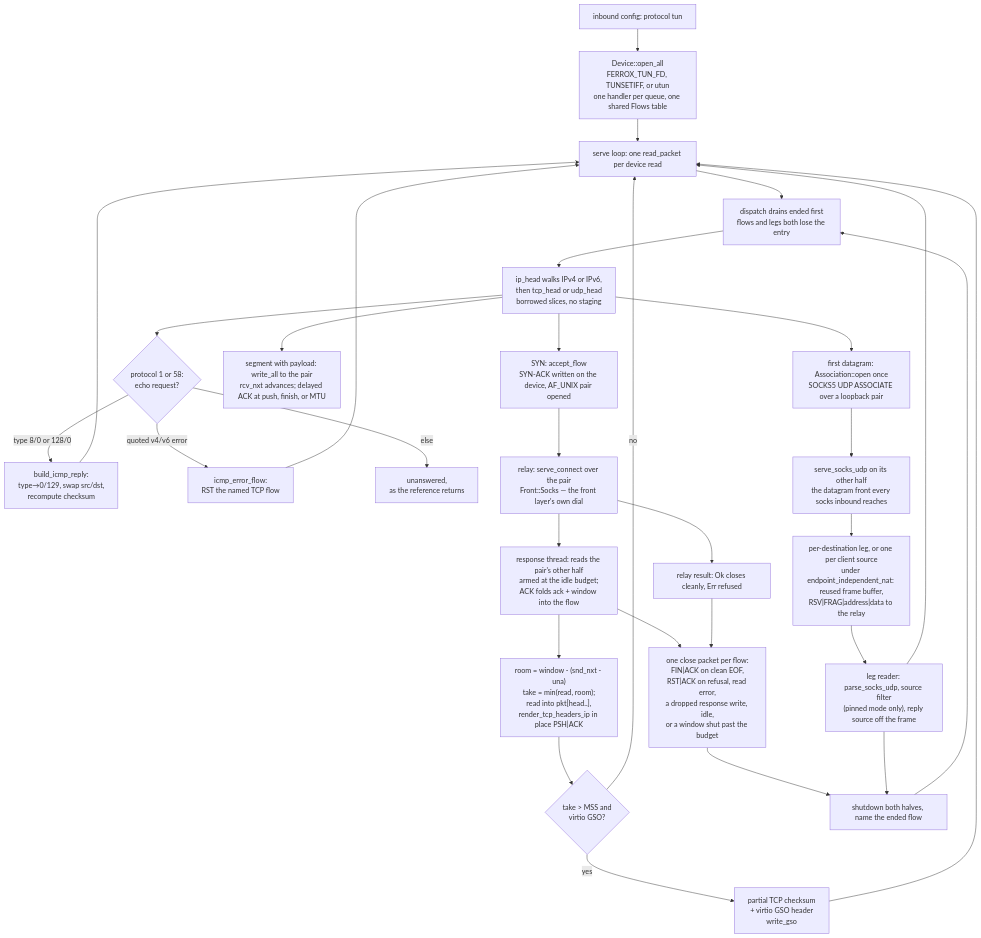
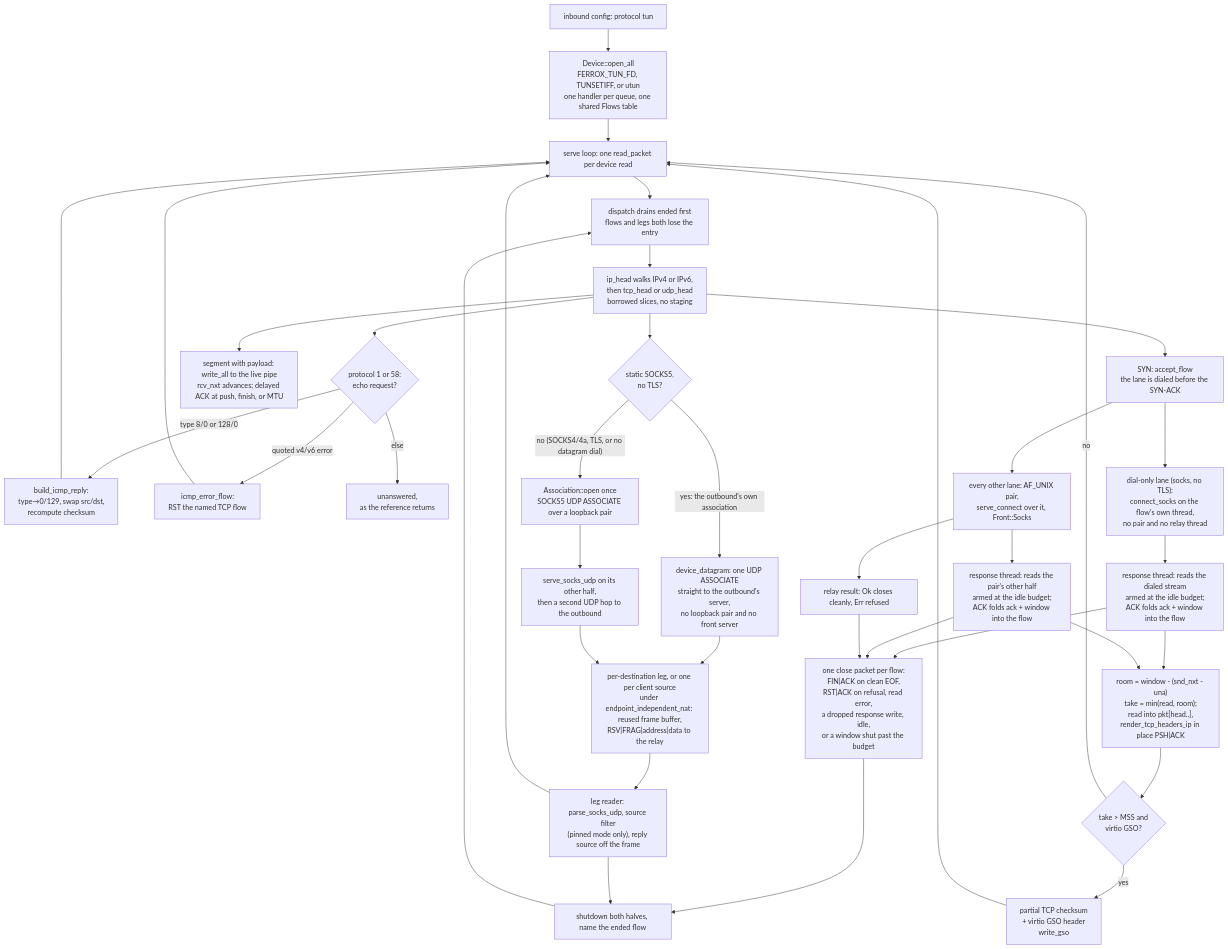
The diagram in docs/function/front-tun.md (ferroxdev/ferrox), drawn with Mermaid before and after one commit. The commit also changed other lines of this file and 5 other files, not shown here.

First line of the commit message:
app: dial the TUN flow's lane directly (#58)

````diff
--- a/docs/function/front-tun.md
+++ b/docs/function/front-tun.md
@@ -15,33 +17,40 @@
 ```mermaid
 graph TD
     A["inbound config: protocol tun"] --> B["Device::open_all<br/>FERROX_TUN_FD, TUNSETIFF, or utun<br/>one handler per queue, one shared Flows table"]
     B --> C["serve loop: one read_packet per device read"]
     C --> O["dispatch drains ended first<br/>flows and legs both lose the entry"]
     O --> D["ip_head walks IPv4 or IPv6,<br/>then tcp_head or udp_head<br/>borrowed slices, no staging"]
     D --> IC{"protocol 1 or 58:<br/>echo request?"}
     IC -- "type 8/0 or 128/0" --> ICa["build_icmp_reply:<br/>type→0/129, swap src/dst,<br/>recompute checksum"]
     ICa --> C
     IC -- "quoted v4/v6 error" --> ICe["icmp_error_flow:<br/>RST the named TCP flow"]
     ICe --> C
     IC -- "else" --> ICx["unanswered,<br/>as the reference returns"]
-    D --> E["SYN: accept_flow<br/>SYN-ACK written on the device, AF_UNIX pair opened"]
-    E --> F["relay: serve_connect over the pair<br/>Front::Socks — the front layer's own dial"]
-    D --> G["segment with payload: write_all to the pair<br/>rcv_nxt advances; delayed ACK at push, finish, or MTU"]
-    F --> H["response thread: reads the pair's other half<br/>armed at the idle budget;<br/>ACK folds ack + window into the flow"]
+    D --> E["SYN: accept_flow<br/>the lane is dialed before the SYN-ACK"]
+    E --> FD["dial-only lane (socks, no TLS):<br/>connect_socks on the flow's own thread,<br/>no pair and no relay thread"]
+    E --> F["every other lane: AF_UNIX pair,<br/>serve_connect over it, Front::Socks"]
+    D --> G["segment with payload: write_all to the live pipe<br/>rcv_nxt advances; delayed ACK at push, finish, or MTU"]
+    FD --> HD["response thread: reads the dialed stream<br/>armed at the idle budget;<br/>ACK folds ack + window into the flow"]
+    F --> HP["response thread: reads the pair's other half<br/>armed at the idle budget;<br/>ACK folds ack + window into the flow"]
     F --> HC["relay result: Ok closes cleanly, Err refused"]
-    H --> I["room = window - (snd_nxt - una)<br/>take = min(read, room);<br/>read into pkt[head..],<br/>render_tcp_headers_ip in place PSH|ACK"]
+    HD --> I["room = window - (snd_nxt - una)<br/>take = min(read, room);<br/>read into pkt[head..],<br/>render_tcp_headers_ip in place PSH|ACK"]
+    HP --> I
     I --> IG{"take > MSS and<br/>virtio GSO?"}
     IG -- "yes" --> IGa["partial TCP checksum<br/>+ virtio GSO header<br/>write_gso"]
     IG -- "no" --> C
     IGa --> C
-    H --> HF["one close packet per flow:<br/>FIN|ACK on clean EOF,<br/>RST|ACK on refusal, read error,<br/>a dropped response write, idle,<br/>or a window shut past the budget"]
+    HD --> HF["one close packet per flow:<br/>FIN|ACK on clean EOF,<br/>RST|ACK on refusal, read error,<br/>a dropped response write, idle,<br/>or a window shut past the budget"]
+    HP --> HF
     HC --> HF
-    D --> J["first datagram: Association::open once<br/>SOCKS5 UDP ASSOCIATE over a loopback pair"]
-    J --> K["serve_socks_udp on its other half<br/>the datagram front every socks inbound reaches"]
-    K --> L["per-destination leg, or one per client source<br/>under endpoint_independent_nat: reused frame buffer,<br/>RSV|FRAG|address|data to the relay"]
+    D --> JD{"static SOCKS5,<br/>no TLS?"}
+    JD -- "yes: the outbound's own association" --> KD["device_datagram: one UDP ASSOCIATE<br/>straight to the outbound's server,<br/>no loopback pair and no front server"]
+    JD -- "no (SOCKS4/4a, TLS, or no datagram dial)" --> JA["Association::open once<br/>SOCKS5 UDP ASSOCIATE over a loopback pair"]
+    JA --> KA["serve_socks_udp on its other half,<br/>then a second UDP hop to the outbound"]
+    KD --> L["per-destination leg, or one per client source<br/>under endpoint_independent_nat: reused frame buffer,<br/>RSV|FRAG|address|data to the relay"]
+    KA --> L
     L --> M["leg reader: parse_socks_udp, source filter<br/>(pinned mode only), reply source off the frame"]
     M --> C
     HF --> N["shutdown both halves, name the ended flow"]
     M --> N
     N --> O
 ```
````
